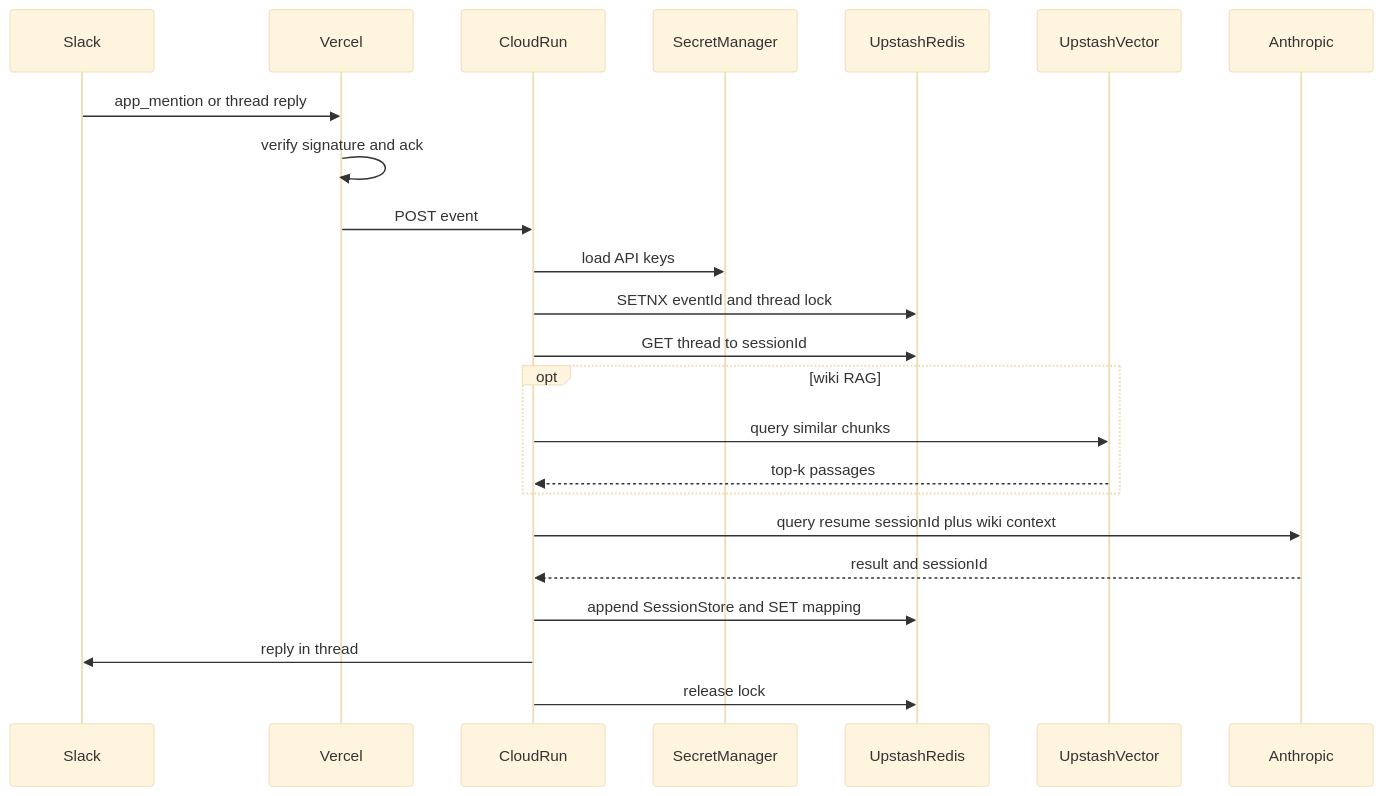
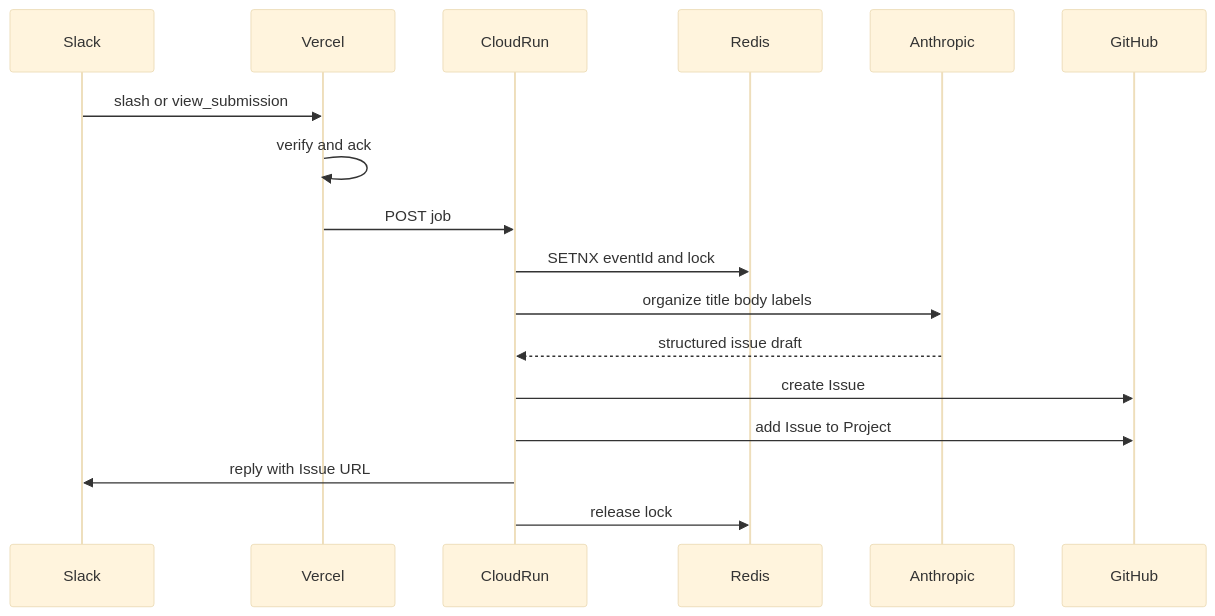
One commit to tentaShiratori/slack-ai-agent changed the third of 5 diagrams in docs/architecture.md. Above: the diagram before and after it, drawn with Mermaid (base theme). The commit also changed other lines of this file and 9 other files, not shown here.

````diff
--- a/docs/architecture.md
+++ b/docs/architecture.md
@@ -78,26 +97,20 @@
 ```mermaid
 sequenceDiagram
   participant Slack
   participant Vercel
   participant Run as CloudRun
-  participant SM as SecretManager
-  participant Redis as UpstashRedis
-  participant Vector as UpstashVector
+  participant Redis
   participant Claude as Anthropic
+  participant GH as GitHub
 
-  Slack->>Vercel: app_mention or thread reply
-  Vercel->>Vercel: verify signature and ack
-  Vercel->>Run: POST event
-  Run->>SM: load API keys
-  Run->>Redis: SETNX eventId and thread lock
-  Run->>Redis: GET thread to sessionId
-  opt wiki RAG
-    Run->>Vector: query similar chunks
-    Vector-->>Run: top-k passages
-  end
-  Run->>Claude: query resume sessionId plus wiki context
-  Claude-->>Run: result and sessionId
-  Run->>Redis: append SessionStore and SET mapping
-  Run->>Slack: reply in thread
+  Slack->>Vercel: slash or view_submission
+  Vercel->>Vercel: verify and ack
+  Vercel->>Run: POST job
+  Run->>Redis: SETNX eventId and lock
+  Run->>Claude: organize title body labels
+  Claude-->>Run: structured issue draft
+  Run->>GH: create Issue
+  Run->>GH: add Issue to Project
+  Run->>Slack: reply with Issue URL
   Run->>Redis: release lock
 ```
````
